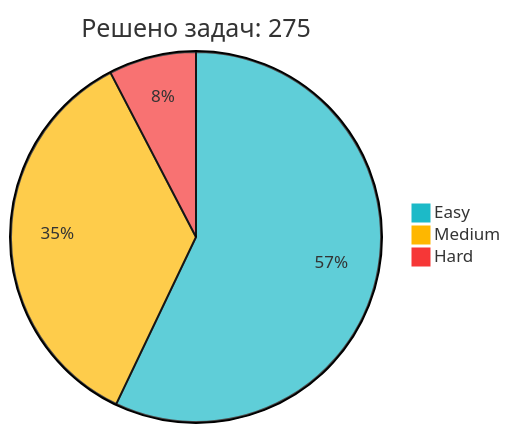
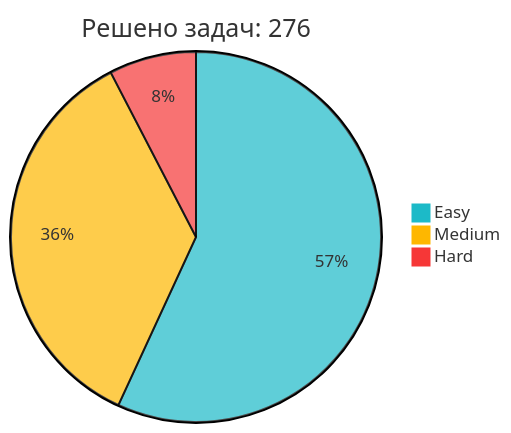
One commit to IliaKurdukov/IliaKurdukov changed the diagram in README.md. Above: the diagram before and after it, drawn with Mermaid. The commit also changed other lines of this file, not shown here.

Commit message:
📈 Обновление статистики LeetCode

````diff
--- a/README.md
+++ b/README.md
@@ -51,7 +51,7 @@
 ```mermaid
 %%{init: {'theme': 'base', 'themeVariables': { 'pie1': '#1CBAC8', 'pie2': '#FEB700', 'pie3': '#F63737' }, 'config': {'width': 300, 'height': 200}}}%%
-pie title Решено задач: 275
+pie title Решено задач: 276
    "Easy" : 157
-   "Medium" : 97
+   "Medium" : 98
    "Hard" : 21
 ```
````
